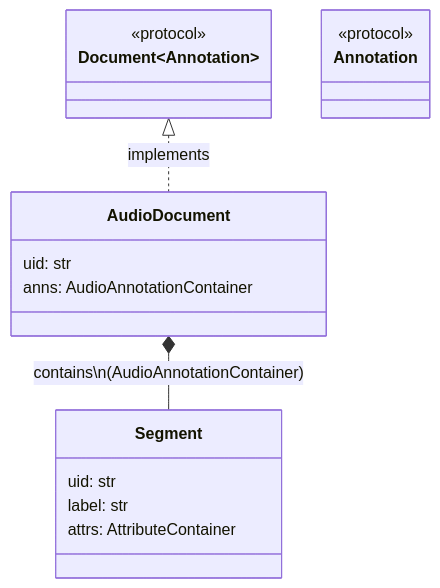
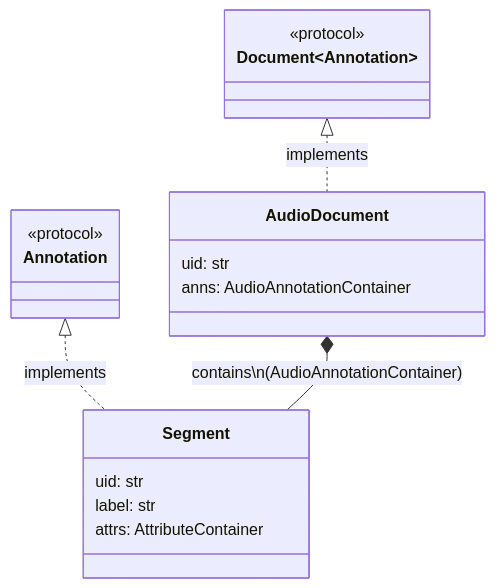
The diagram in docs/api/core_audio.md (TeamHeka/medkit), drawn with Mermaid before and after one commit. The commit also changed other lines of this file and 2 other files, not shown here.

Commit message:
Fix missing docs for annotation containers

````diff
--- a/docs/api/core_audio.md
+++ b/docs/api/core_audio.md
@@ -13,25 +13,26 @@
 ```{mermaid}
 :align: center
 :caption: Audio document and annotation hierarchy
 
 classDiagram
     direction TB
     class Document~Annotation~{
         <<protocol>>
     }
     class Annotation{
         <<protocol>>
     }
     class AudioDocument{
         uid: str
         anns: AudioAnnotationContainer
     }
     class Segment {
         uid: str
         label: str
         attrs: AttributeContainer
     }
     Document <|.. AudioDocument: implements
+    Annotation <|.. Segment: implements
     AudioDocument *-- Segment : contains\n(AudioAnnotationContainer)
     
 ```
````
